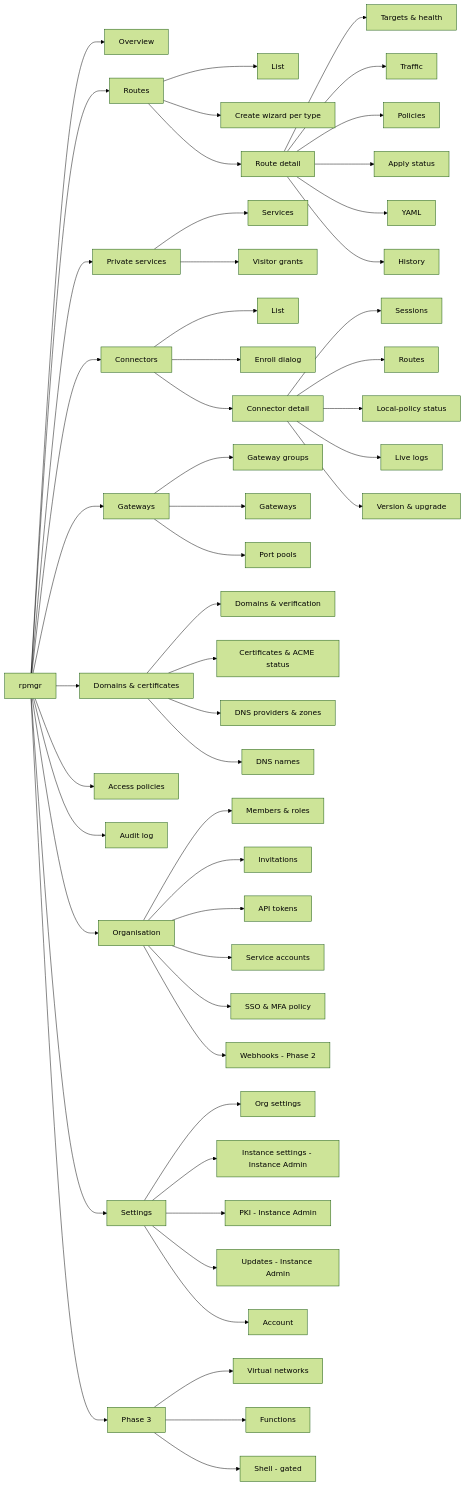
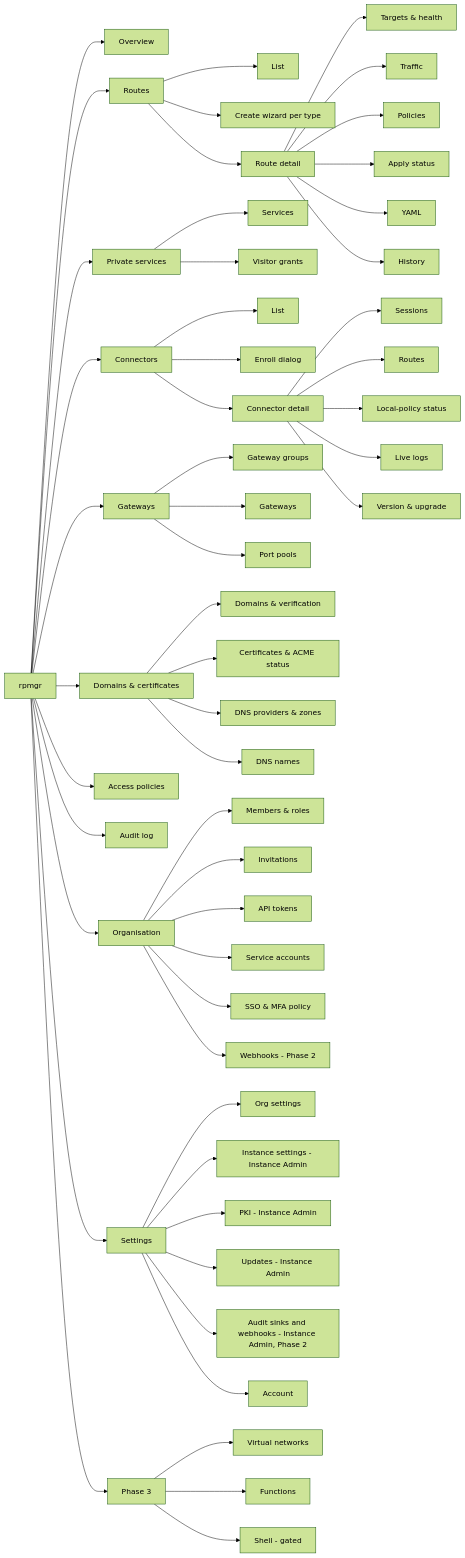
Before and after one commit to felix-homelab/rpmgr: the diagram in docs/09-web-ui.md, drawn with Mermaid (forest theme). The commit also changed other lines of this file and 10 other files, not shown here.

First line of the commit message:
docs(design): design live logs, webhooks, alerts and audit sinks

````diff
--- a/docs/09-web-ui.md
+++ b/docs/09-web-ui.md
@@ -29,24 +29,24 @@
 ```mermaid
 flowchart LR
   ROOT[rpmgr] --> OV[Overview]
   ROOT --> RT[Routes]
   ROOT --> PS[Private services]
   ROOT --> CO[Connectors]
   ROOT --> GW[Gateways]
   ROOT --> DC[Domains & certificates]
   ROOT --> AP[Access policies]
   ROOT --> AU[Audit log]
   ROOT --> ORG[Organisation]
   ROOT --> SET[Settings]
   ROOT --> P3[Phase 3]
   RT --> RT1[List] & RT2[Create wizard per type] & RT3[Route detail]
   RT3 --> RT3a[Targets & health] & RT3b[Traffic] & RT3c[Policies] & RT3d[Apply status] & RT3e[YAML] & RT3f[History]
   PS --> PS1[Services] & PS2[Visitor grants]
   CO --> CO1[List] & CO2[Enroll dialog] & CO3[Connector detail]
   CO3 --> CO3a[Sessions] & CO3b[Routes] & CO3c[Local-policy status] & CO3d[Live logs] & CO3e[Version & upgrade]
   GW --> GW1[Gateway groups] & GW2[Gateways] & GW3[Port pools]
   DC --> DC1[Domains & verification] & DC2[Certificates & ACME status] & DC3[DNS providers & zones] & DC4[DNS names]
   ORG --> ORG1[Members & roles] & ORG2[Invitations] & ORG3[API tokens] & ORG4[Service accounts] & ORG5[SSO & MFA policy] & ORG6[Webhooks - Phase 2]
-  SET --> SET1[Org settings] & SET2[Instance settings - Instance Admin] & SET4[PKI - Instance Admin] & SET5[Updates - Instance Admin] & SET3[Account]
+  SET --> SET1[Org settings] & SET2[Instance settings - Instance Admin] & SET4[PKI - Instance Admin] & SET5[Updates - Instance Admin] & SET6[Audit sinks and webhooks - Instance Admin, Phase 2] & SET3[Account]
   P3 --> P3a[Virtual networks] & P3b[Functions] & P3c[Shell - gated]
 ```
````
